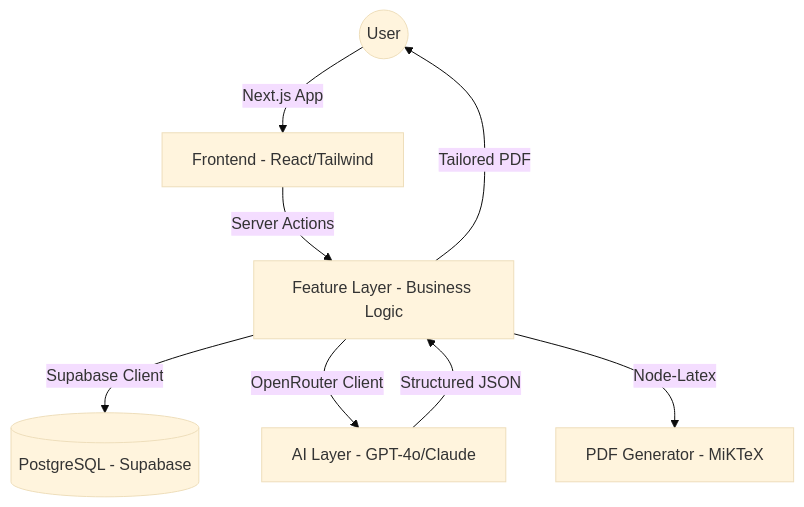
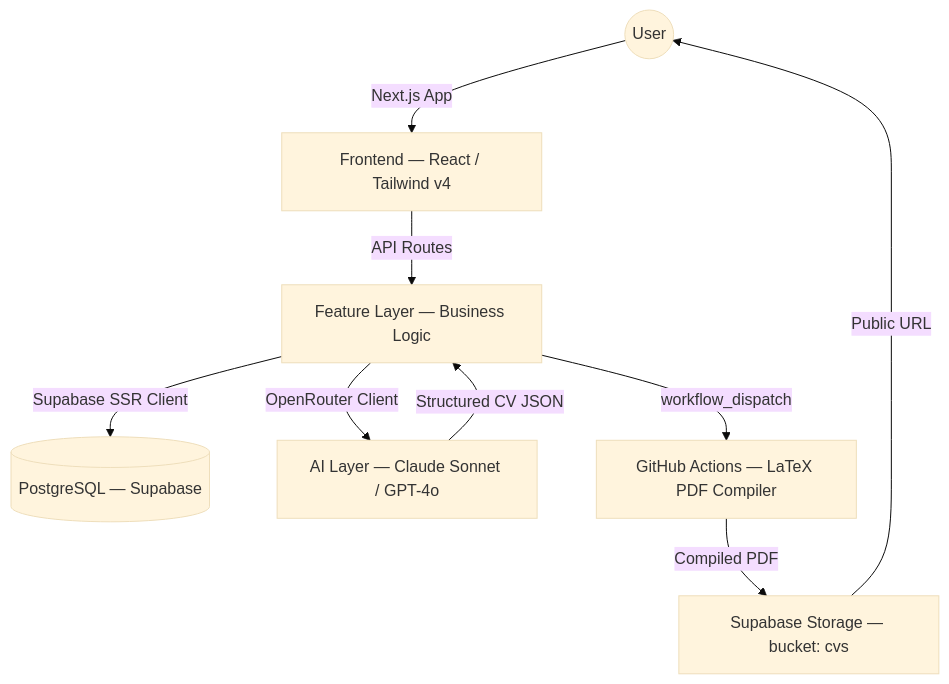
Before and after one commit to AliAbdallah21/qalm: the diagram in README.md, drawn with Mermaid (base theme). The commit also changed other lines of this file and 5 other files, not shown here.

````diff
--- a/README.md
+++ b/README.md
@@ -53,10 +37,11 @@
 ```mermaid
 graph TD
-    User((User)) -->|Next.js App| Frontend[Frontend - React/Tailwind]
-    Frontend -->|Server Actions| Features[Feature Layer - Business Logic]
-    Features -->|Supabase Client| DB[(PostgreSQL - Supabase)]
-    Features -->|OpenRouter Client| AI[AI Layer - GPT-4o/Claude]
-    Features -->|Node-Latex| PDF[PDF Generator - MiKTeX]
-    AI -->|Structured JSON| Features
-    Features -->|Tailored PDF| User
+    User((User)) -->|Next.js App| Frontend[Frontend — React / Tailwind v4]
+    Frontend -->|API Routes| Features[Feature Layer — Business Logic]
+    Features -->|Supabase SSR Client| DB[(PostgreSQL — Supabase)]
+    Features -->|OpenRouter Client| AI[AI Layer — Claude Sonnet / GPT-4o]
+    Features -->|workflow_dispatch| GHA[GitHub Actions — LaTeX PDF Compiler]
+    AI -->|Structured CV JSON| Features
+    GHA -->|Compiled PDF| Storage[Supabase Storage — bucket: cvs]
+    Storage -->|Public URL| User
 ```
````
